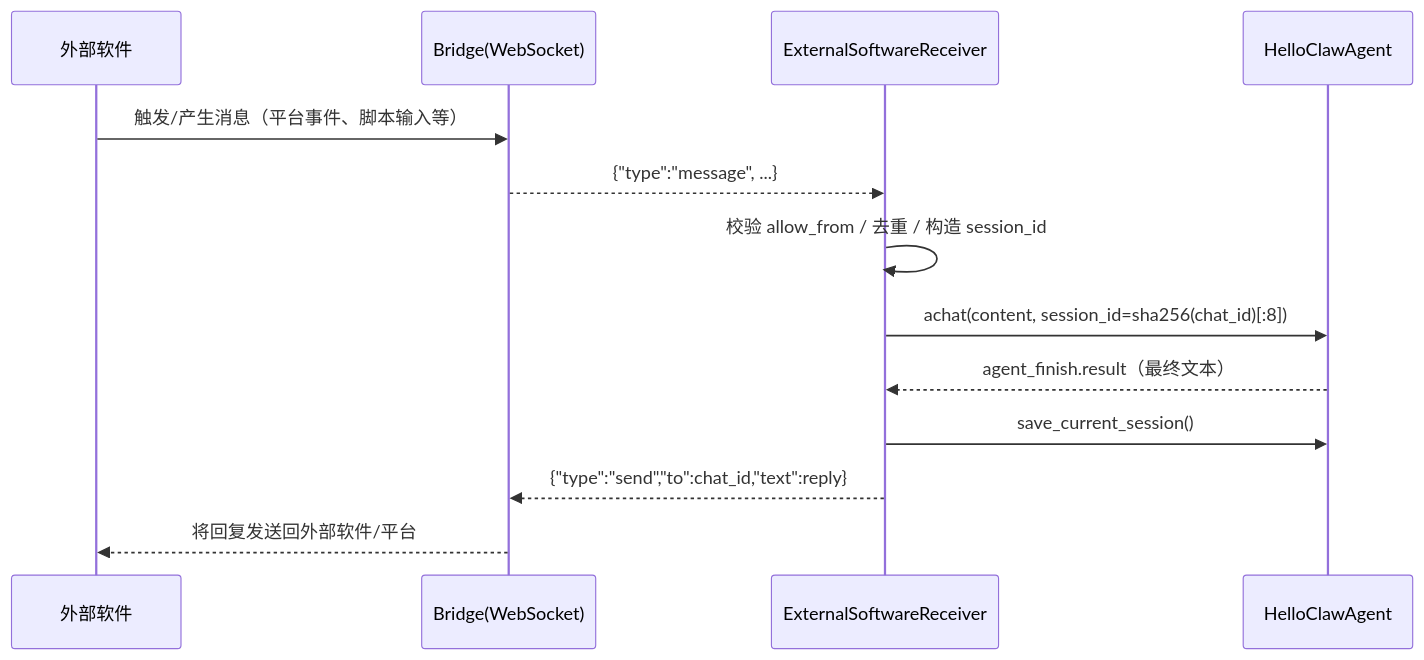
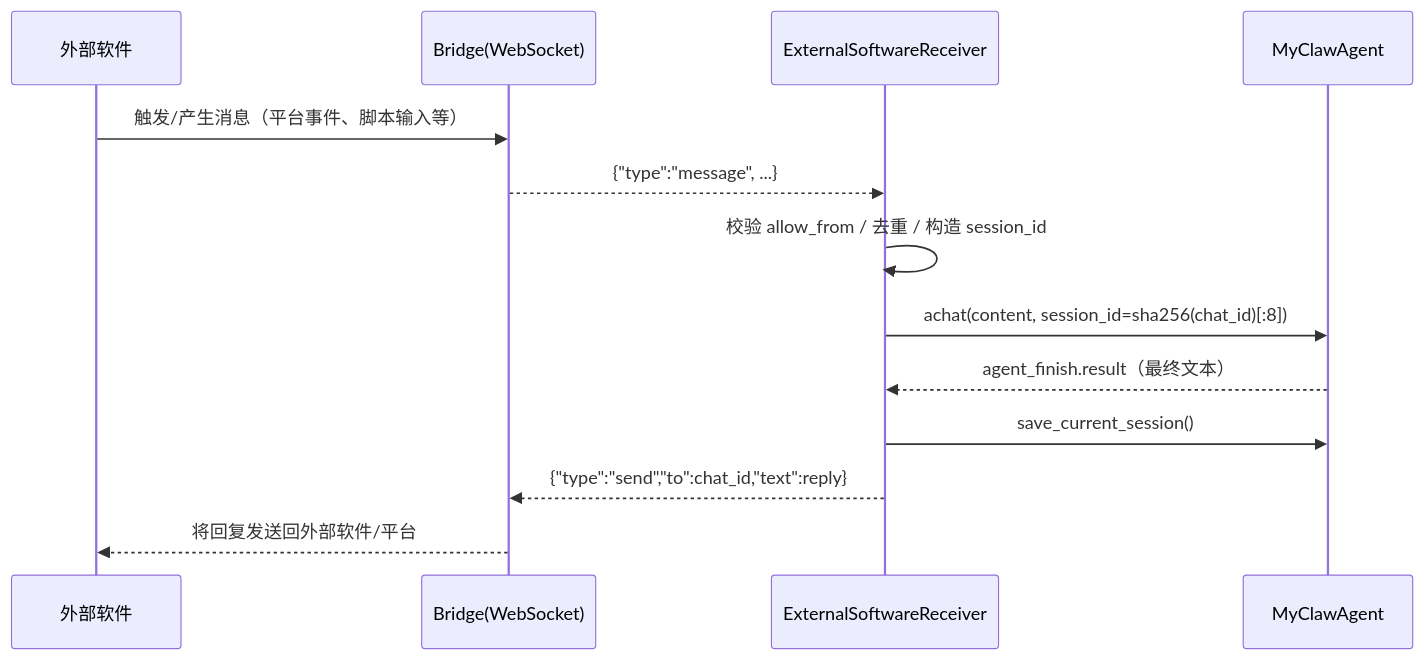
One commit to promisestar/MyClaw changed the second of 3 diagrams in docs/外部软件消息接入说明（External Bridge）.md. Above: the diagram before and after it, drawn with Mermaid. The commit also changed other lines of this file and 19 other files, not shown here.

````diff
--- a/docs/外部软件消息接入说明（External Bridge）.md
+++ b/docs/外部软件消息接入说明（External Bridge）.md
@@ -47,16 +47,16 @@
 ```mermaid
 sequenceDiagram
     participant Ext as 外部软件
     participant Bridge as Bridge(WebSocket)
     participant Recv as ExternalSoftwareReceiver
-    participant Agent as HelloClawAgent
+    participant Agent as MyClawAgent
 
     Ext->>Bridge: 触发/产生消息（平台事件、脚本输入等）
     Bridge-->>Recv: {"type":"message", ...}
     Recv->>Recv: 校验 allow_from / 去重 / 构造 session_id
     Recv->>Agent: achat(content, session_id=sha256(chat_id)[:8])
     Agent-->>Recv: agent_finish.result（最终文本）
     Recv->>Agent: save_current_session()
     Recv-->>Bridge: {"type":"send","to":chat_id,"text":reply}
     Bridge-->>Ext: 将回复发送回外部软件/平台
 ```
````
